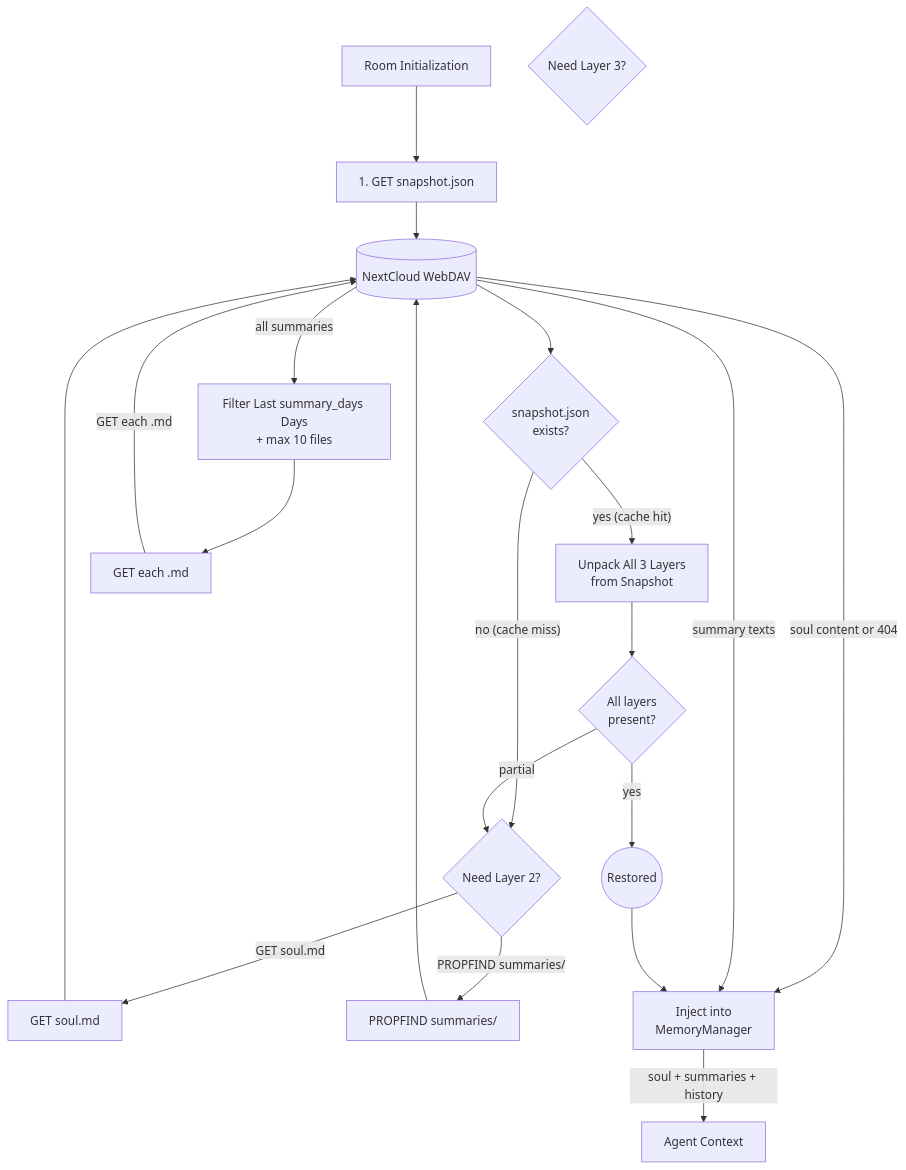
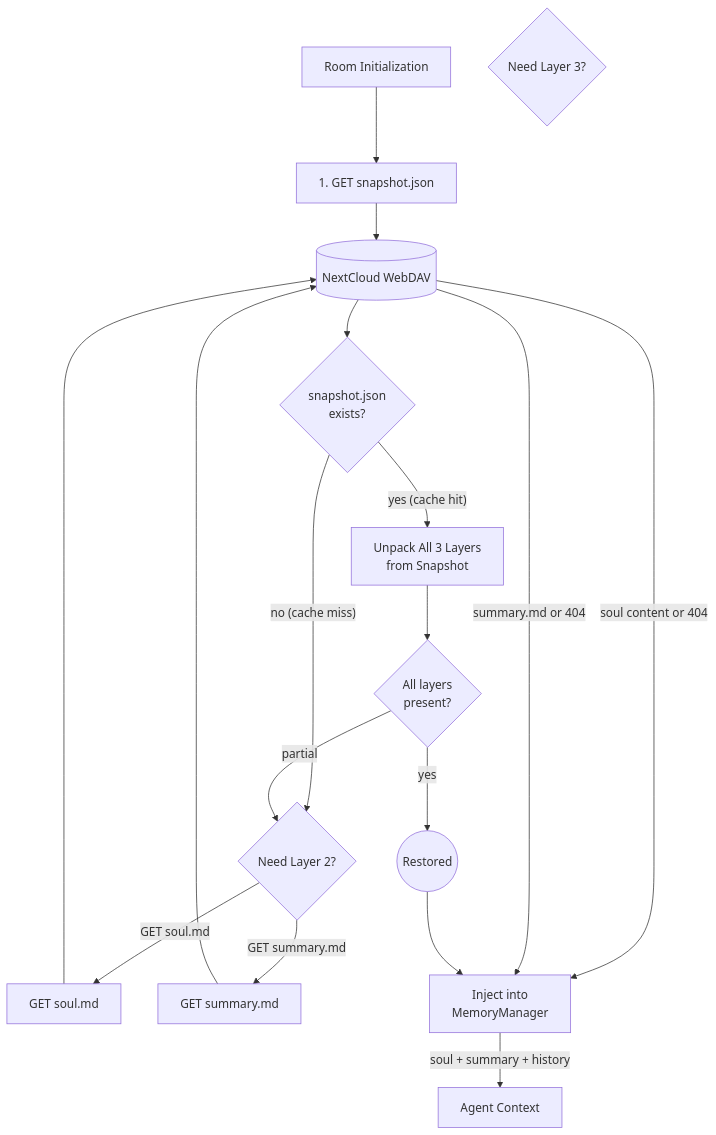
One commit to cosmoswafer/rockbot changed the fifth of 7 diagrams in _dfds/base/memory.md. Above: the diagram before and after it, drawn with Mermaid. The commit also changed other lines of this file and 5 other files, not shown here.

First line of the commit message:
Revise DFDs: replace daily summaries with single summary.md compression

````diff
--- a/_dfds/base/memory.md
+++ b/_dfds/base/memory.md
@@ -188,39 +209,34 @@
 ```mermaid
 flowchart TD
     INIT[Room Initialization]
     DAV[(NextCloud WebDAV)]
     GET_SNAP["1. GET snapshot.json"]
     SNAP_OK{snapshot.json<br/>exists?}
     UNPACK[Unpack All 3 Layers<br/>from Snapshot]
     CHECK{All layers<br/>present?}
     RESTORED((Restored))
     NEED_L2{Need Layer 2?}
     NEED_L3{Need Layer 3?}
     GET_SOUL["GET soul.md"]
-    LIST_SUM["PROPFIND summaries/"]
-    LOAD_FILES["GET each .md"]
+    GET_SUMMARY["GET summary.md"]
     INJECT[Inject into<br/>MemoryManager]
 
     INIT --> GET_SNAP
     GET_SNAP --> DAV
     DAV --> SNAP_OK
     SNAP_OK -->|"yes (cache hit)"| UNPACK
     SNAP_OK -->|"no (cache miss)"| NEED_L2
     UNPACK --> CHECK
     CHECK -->|"yes"| RESTORED
     CHECK -->|"partial"| NEED_L2
 
     NEED_L2 -->|"GET soul.md"| GET_SOUL
-    NEED_L2 -->|"PROPFIND summaries/"| LIST_SUM
+    NEED_L2 -->|"GET summary.md"| GET_SUMMARY
     GET_SOUL --> DAV
-    LIST_SUM --> DAV
+    GET_SUMMARY --> DAV
     DAV -->|"soul content or 404"| INJECT
-    DAV -->|"all summaries"| FILTER
-    FILTER[Filter Last summary_days Days<br/>+ max 10 files]
-    FILTER --> LOAD_FILES
-    LOAD_FILES -->|"GET each .md"| DAV
-    DAV -->|"summary texts"| INJECT
+    DAV -->|"summary.md or 404"| INJECT
 
     RESTORED --> INJECT
-    INJECT -->|"soul + summaries + history"| CTX[Agent Context]
+    INJECT -->|"soul + summary + history"| CTX[Agent Context]
 ```
````
